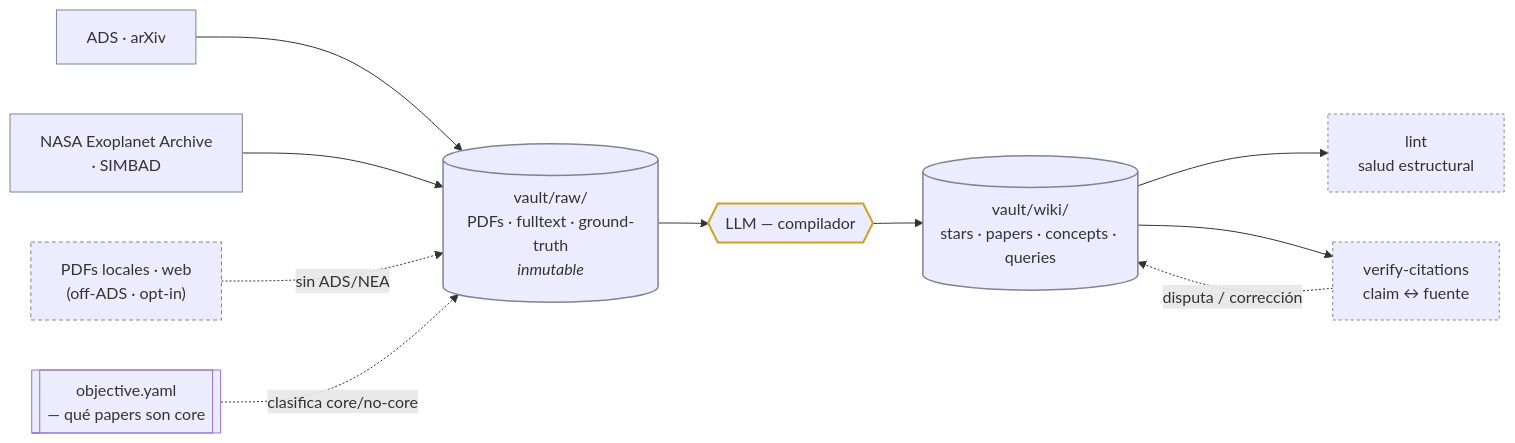
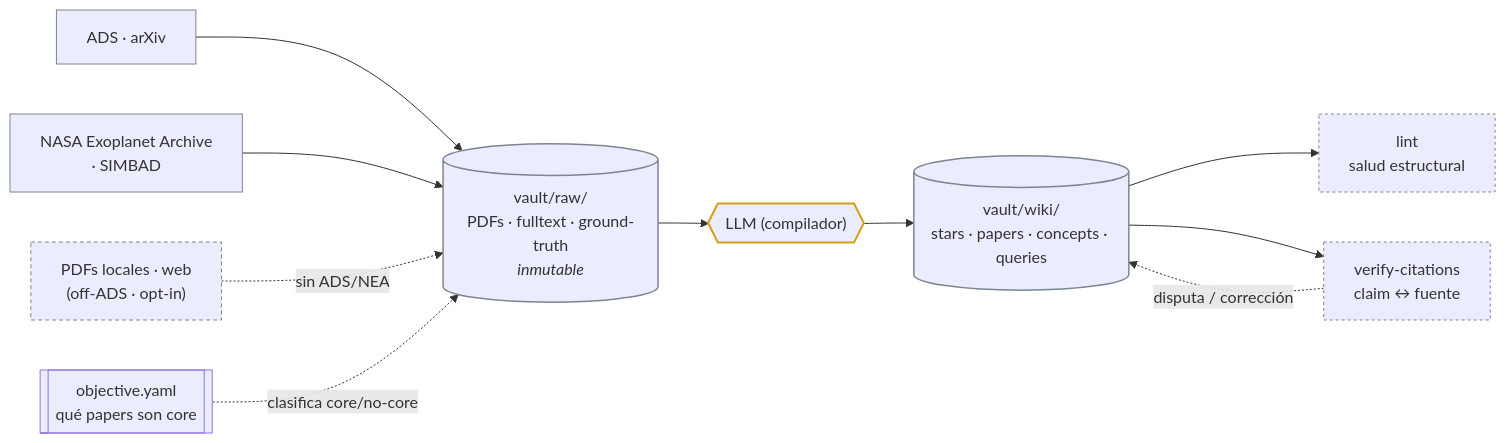
One commit to nicklessagus/Almagesto changed the diagram in README.md. Above: the diagram before and after it, drawn with Mermaid. The commit also changed other lines of this file and 4 other files, not shown here.

````diff
--- a/README.md
+++ b/README.md
@@ -27,33 +27,33 @@
 ```mermaid
 flowchart LR
     ADS["ADS · arXiv"]
     NEA["NASA Exoplanet Archive<br/>· SIMBAD"]
     OFF["PDFs locales · web<br/>(off-ADS · opt-in)"]
-    OBJ[["objective.yaml<br/>— qué papers son core"]]
+    OBJ[["objective.yaml<br/>qué papers son core"]]
     RAW[("vault/raw/<br/>PDFs · fulltext · ground-truth<br/><i>inmutable</i>")]
-    LLM{{"LLM — compilador"}}
+    LLM{{"LLM (compilador)"}}
     WIKI[("vault/wiki/<br/>stars · papers · concepts · queries")]
     LINT["lint<br/>salud estructural"]
     VER["verify-citations<br/>claim ↔ fuente"]
 
     ADS --> RAW
     NEA --> RAW
     OFF -. sin ADS/NEA .-> RAW
     OBJ -. clasifica core/no-core .-> RAW
     RAW --> LLM
     LLM --> WIKI
     WIKI --> LINT
     WIKI --> VER
     VER -. disputa / corrección .-> WIKI
 
     classDef src stroke:#7d8590,stroke-width:1px;
     classDef off stroke:#7d8590,stroke-width:1px,stroke-dasharray:4 3;
     classDef store stroke:#7d8590,stroke-width:1.5px;
     classDef llm stroke:#d4a017,stroke-width:2px;
     classDef check stroke:#7d8590,stroke-width:1px,stroke-dasharray:3 3;
     class ADS,NEA src;
     class OFF off;
     class RAW,WIKI store;
     class LLM llm;
     class LINT,VER check;
 ```
````
